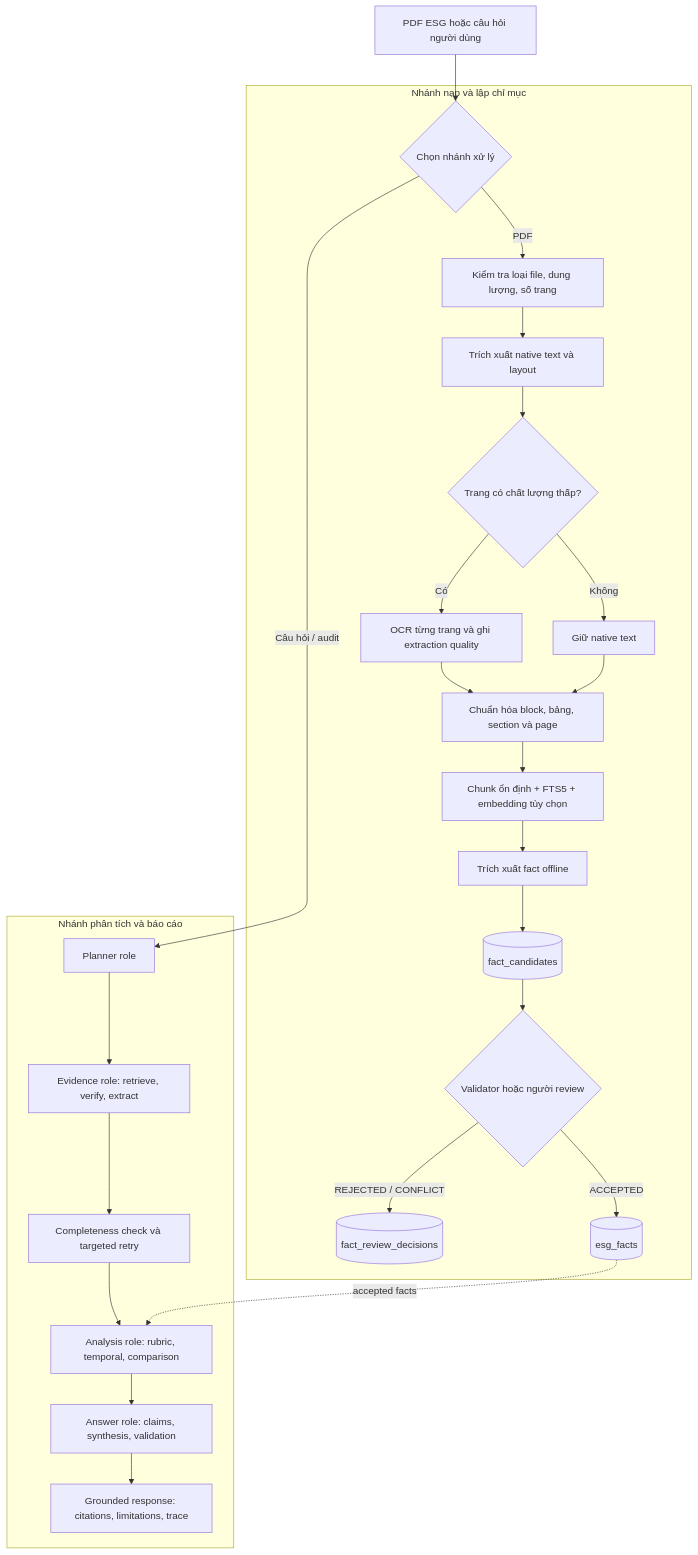
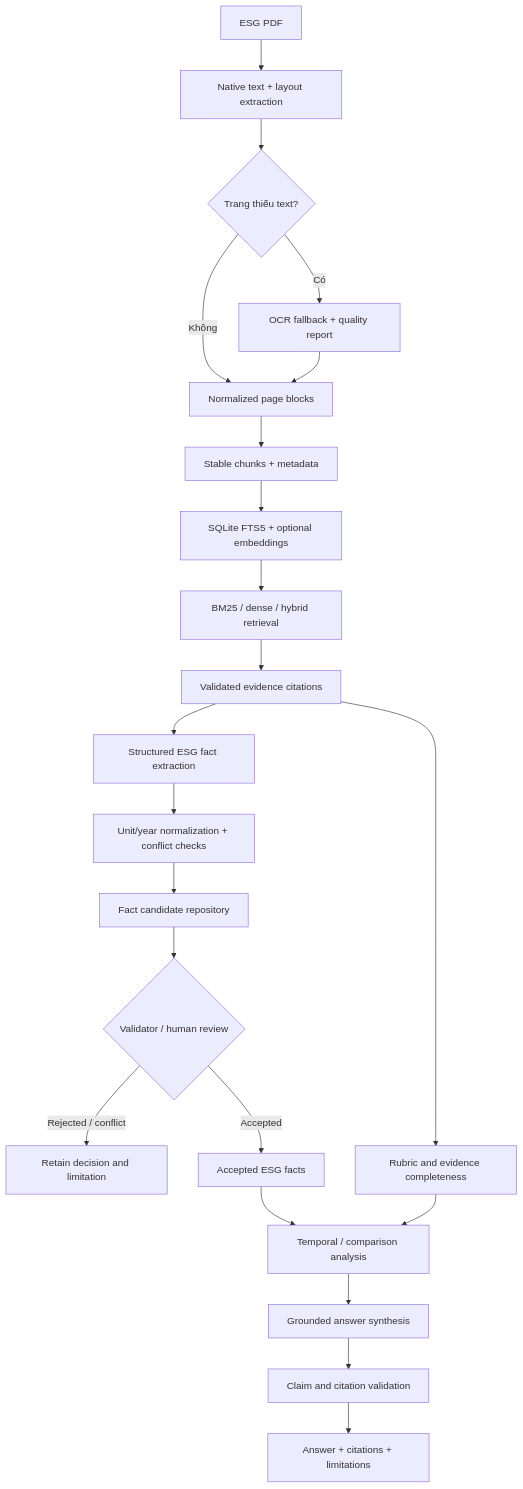
One commit to haminhthong/Multi-Agent-ESG-Report-Analyst changed the diagram in README.md. Above: the diagram before and after it, drawn with Mermaid. The commit also changed other lines of this file and 39 other files, not shown here.

````diff
--- a/README.md
+++ b/README.md
@@ -29,31 +33,24 @@
-```mermaid
+~~~~mermaid
 flowchart TD
-    A[PDF ESG hoặc câu hỏi người dùng] --> B{Chọn nhánh xử lý}
-
-    subgraph OFFLINE[Nhánh nạp và lập chỉ mục]
-        B -->|PDF| C[Kiểm tra loại file, dung lượng, số trang]
-        C --> D[Trích xuất native text và layout]
-        D --> E{Trang có chất lượng thấp?}
-        E -->|Có| F[OCR từng trang và ghi extraction quality]
-        E -->|Không| G[Giữ native text]
-        F --> H[Chuẩn hóa block, bảng, section và page]
-        G --> H
-        H --> I[Chunk ổn định + FTS5 + embedding tùy chọn]
-        I --> J[Trích xuất fact offline]
-        J --> K[(fact_candidates)]
-        K --> L{Validator hoặc người review}
-        L -->|REJECTED / CONFLICT| M[(fact_review_decisions)]
-        L -->|ACCEPTED| N[(esg_facts)]
-    end
-
-    subgraph ONLINE[Nhánh phân tích và báo cáo]
-        B -->|Câu hỏi / audit| O[Planner role]
-        O --> P[Evidence role: retrieve, verify, extract]
-        P --> Q[Completeness check và targeted retry]
-        Q --> R[Analysis role: rubric, temporal, comparison]
-        R --> S[Answer role: claims, synthesis, validation]
-        S --> T[Grounded response: citations, limitations, trace]
-    end
-
-    N -. accepted facts .-> R
-```
+    A[ESG PDF] --> B[Native text + layout extraction]
+    B --> C{Trang thiếu text?}
+    C -->|Có| D[OCR fallback + quality report]
+    C -->|Không| E[Normalized page blocks]
+    D --> E
+    E --> F[Stable chunks + metadata]
+    F --> G[SQLite FTS5 + optional embeddings]
+    G --> H[BM25 / dense / hybrid retrieval]
+    H --> I[Validated evidence citations]
+    I --> J[Structured ESG fact extraction]
+    J --> K[Unit/year normalization + conflict checks]
+    K --> L[Fact candidate repository]
+    L --> M{Validator / human review}
+    M -->|Rejected / conflict| N[Retain decision and limitation]
+    M -->|Accepted| O[Accepted ESG facts]
+    I --> P[Rubric and evidence completeness]
+    O --> Q[Temporal / comparison analysis]
+    P --> Q
+    Q --> R[Grounded answer synthesis]
+    R --> S[Claim and citation validation]
+    S --> T[Answer + citations + limitations]
+~~~~
````
